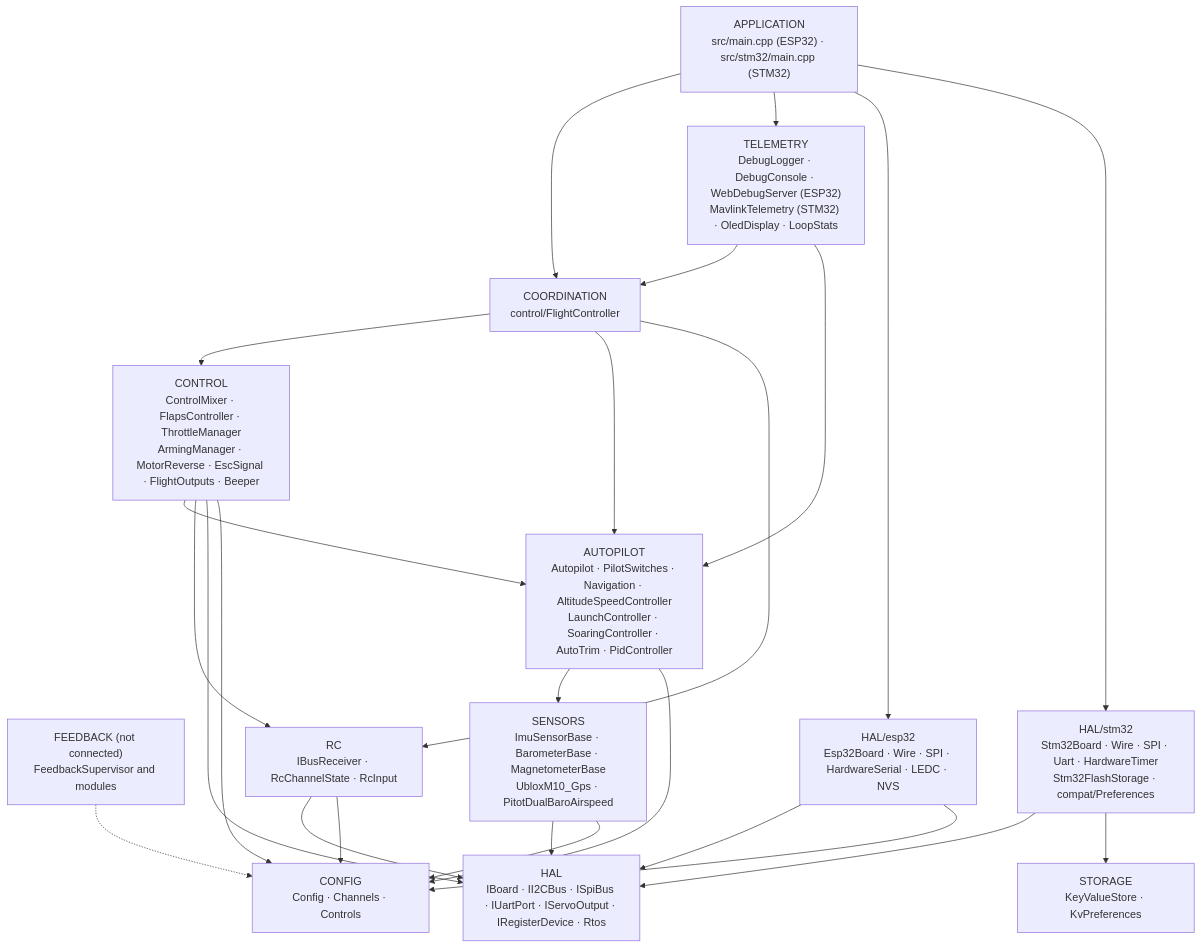
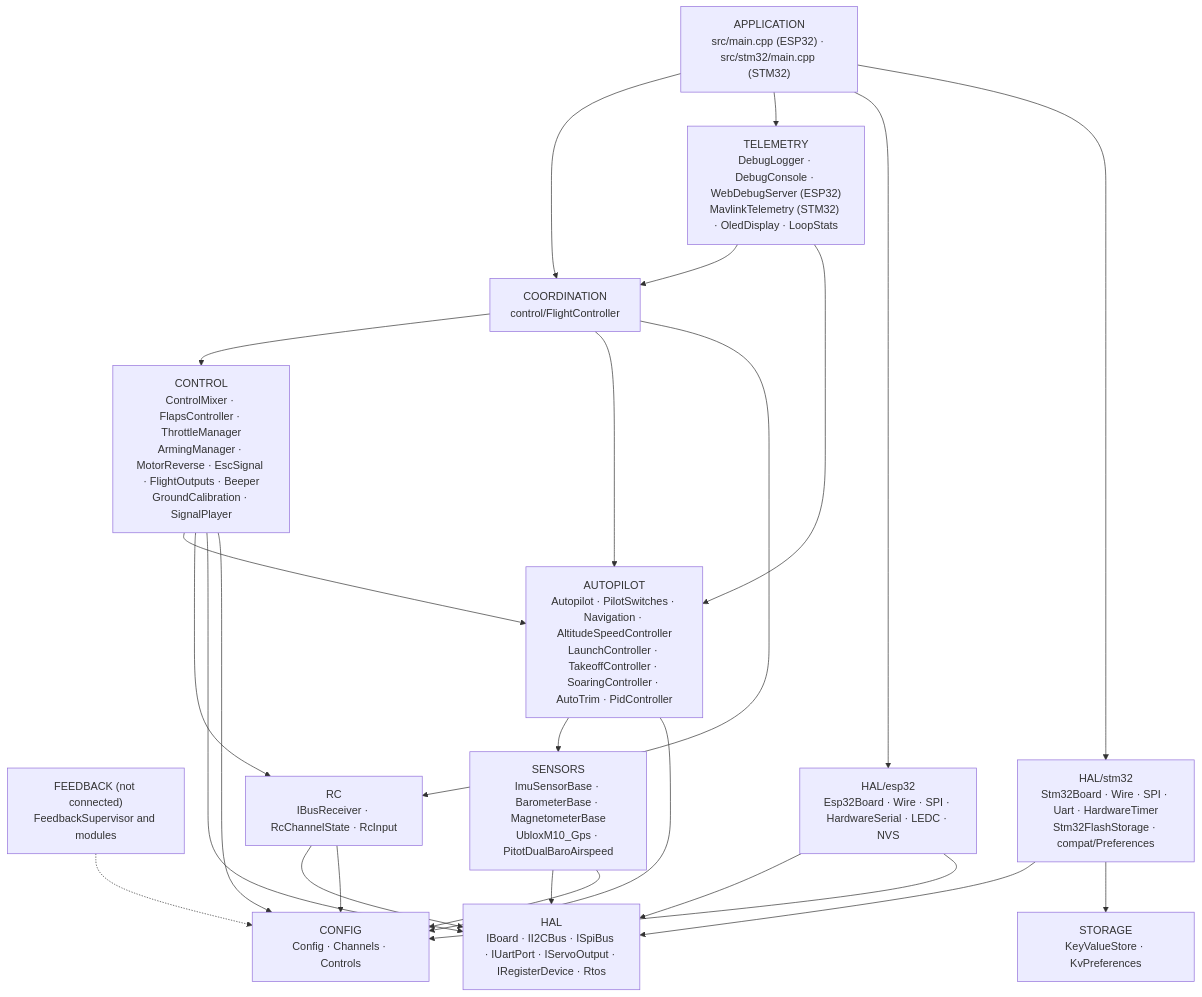
Before and after one commit to damir-lebedev/OpenPlaneProject: the first of 12 diagrams in docs/i18n/en/ARCHITECTURE.md, drawn with Mermaid. The commit also changed other lines of this file and 215 other files, not shown here.

````diff
--- a/docs/i18n/en/ARCHITECTURE.md
+++ b/docs/i18n/en/ARCHITECTURE.md
@@ -62,41 +62,41 @@
 ```mermaid
 flowchart TD
     APP["APPLICATION<br/>src/main.cpp (ESP32) · src/stm32/main.cpp (STM32)"]
     COORD["COORDINATION<br/>control/FlightController"]
     TELE["TELEMETRY<br/>DebugLogger · DebugConsole · WebDebugServer (ESP32)<br/>MavlinkTelemetry (STM32) · OledDisplay · LoopStats"]
-    CTRL["CONTROL<br/>ControlMixer · FlapsController · ThrottleManager<br/>ArmingManager · MotorReverse · EscSignal · FlightOutputs · Beeper"]
-    AP["AUTOPILOT<br/>Autopilot · PilotSwitches · Navigation · AltitudeSpeedController<br/>LaunchController · SoaringController · AutoTrim · PidController"]
+    CTRL["CONTROL<br/>ControlMixer · FlapsController · ThrottleManager<br/>ArmingManager · MotorReverse · EscSignal · FlightOutputs · Beeper<br/>GroundCalibration · SignalPlayer"]
+    AP["AUTOPILOT<br/>Autopilot · PilotSwitches · Navigation · AltitudeSpeedController<br/>LaunchController · TakeoffController · SoaringController · AutoTrim · PidController"]
     FB["FEEDBACK (not connected)<br/>FeedbackSupervisor and modules"]
     RC["RC<br/>IBusReceiver · RcChannelState · RcInput"]
     SENS["SENSORS<br/>ImuSensorBase · BarometerBase · MagnetometerBase<br/>UbloxM10_Gps · PitotDualBaroAirspeed"]
     HAL["HAL<br/>IBoard · II2CBus · ISpiBus · IUartPort · IServoOutput · IRegisterDevice · Rtos"]
     STORE["STORAGE<br/>KeyValueStore · KvPreferences"]
     ESP["HAL/esp32<br/>Esp32Board · Wire · SPI · HardwareSerial · LEDC · NVS"]
     STM["HAL/stm32<br/>Stm32Board · Wire · SPI · Uart · HardwareTimer<br/>Stm32FlashStorage · compat/Preferences"]
     CFG["CONFIG<br/>Config · Channels · Controls"]
 
     APP --> COORD
     APP --> TELE
     APP --> ESP
     APP --> STM
     TELE --> COORD
     TELE --> AP
     COORD --> CTRL
     COORD --> AP
     COORD --> RC
     CTRL --> AP
     CTRL --> RC
     CTRL --> HAL
     AP --> SENS
     RC --> HAL
     SENS --> HAL
     ESP --> HAL
     STM --> HAL
     STM --> STORE
     FB -.-> CFG
     AP --> CFG
     CTRL --> CFG
     RC --> CFG
     SENS --> CFG
     ESP --> CFG
 ```
````
